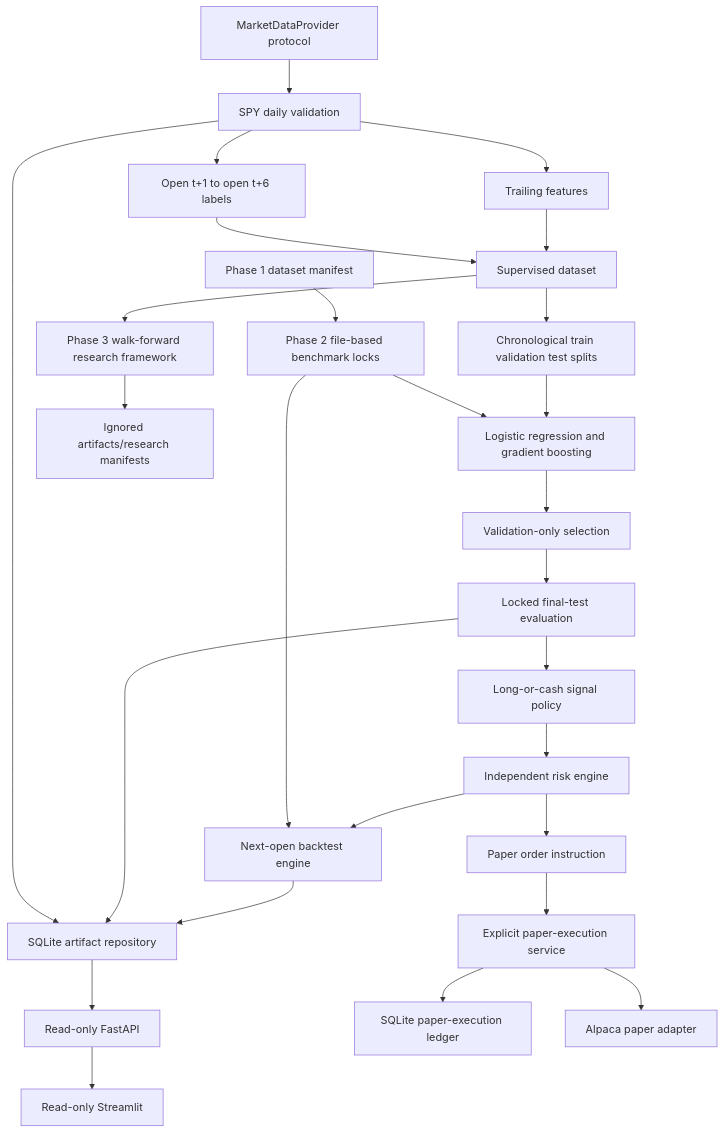
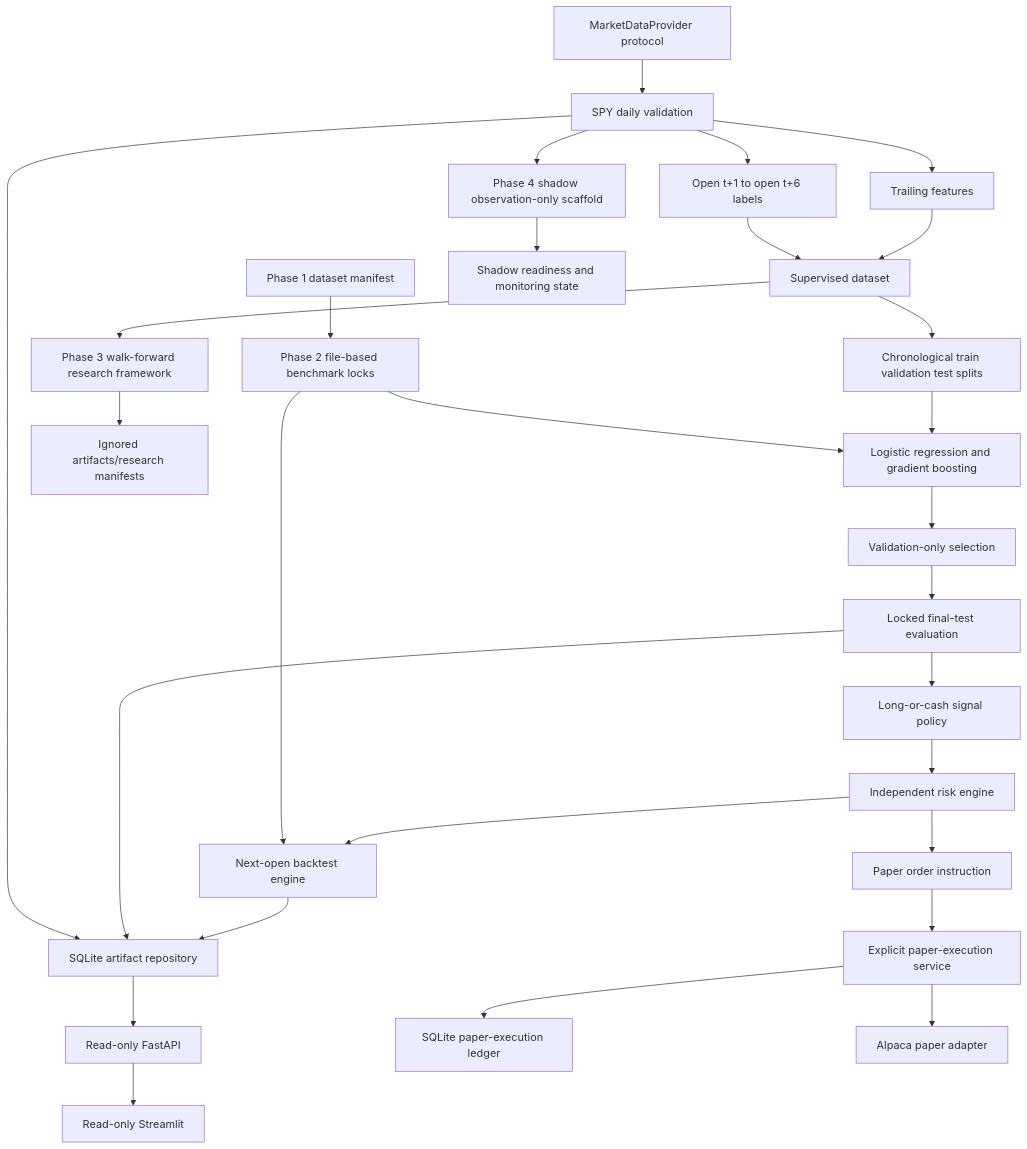
The first of 3 diagrams in docs/ARCHITECTURE.md (Linardi1328/spy-market-agent), drawn with Mermaid before and after one commit. The commit also changed other lines of this file and 22 other files, not shown here.

Commit message:
Version 2 Phase 4 - Shadow mode specification and scaffold

````diff
--- a/docs/ARCHITECTURE.md
+++ b/docs/ARCHITECTURE.md
@@ -50,29 +54,31 @@
 ```mermaid
 flowchart TD
     Provider[MarketDataProvider protocol] --> Validation[SPY daily validation]
     Validation --> Features[Trailing features]
     Validation --> Labels[Open t+1 to open t+6 labels]
     Features --> Dataset[Supervised dataset]
     Labels --> Dataset
     Dataset --> Splits[Chronological train validation test splits]
     Dataset --> Research[Phase 3 walk-forward research framework]
     Splits --> Modeling[Logistic regression and gradient boosting]
     Modeling --> Selection[Validation-only selection]
     Selection --> FinalTest[Locked final-test evaluation]
     FinalTest --> Strategy[Long-or-cash signal policy]
     Strategy --> Risk[Independent risk engine]
     Risk --> Backtest[Next-open backtest engine]
     Manifest[Phase 1 dataset manifest] --> Benchmark[Phase 2 file-based benchmark locks]
     Benchmark --> Modeling
     Benchmark --> Backtest
     Research --> ResearchArtifacts[Ignored artifacts/research manifests]
+    Validation --> Shadow[Phase 4 shadow observation-only scaffold]
+    Shadow --> ShadowHealth[Shadow readiness and monitoring state]
     Backtest --> Persistence[SQLite artifact repository]
     FinalTest --> Persistence
     Validation --> Persistence
     Persistence --> API[Read-only FastAPI]
     API --> Dashboard[Read-only Streamlit]
     Risk --> PaperInstruction[Paper order instruction]
     PaperInstruction --> PaperService[Explicit paper-execution service]
     PaperService --> Ledger[SQLite paper-execution ledger]
     PaperService --> Alpaca[Alpaca paper adapter]
 ```
````
